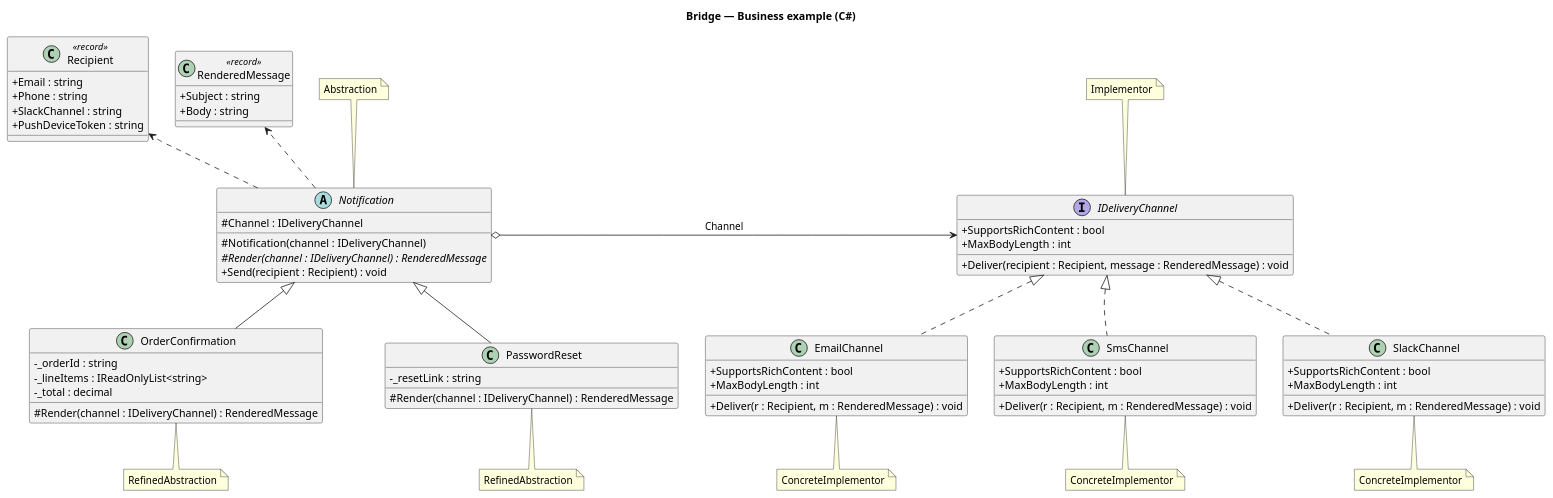
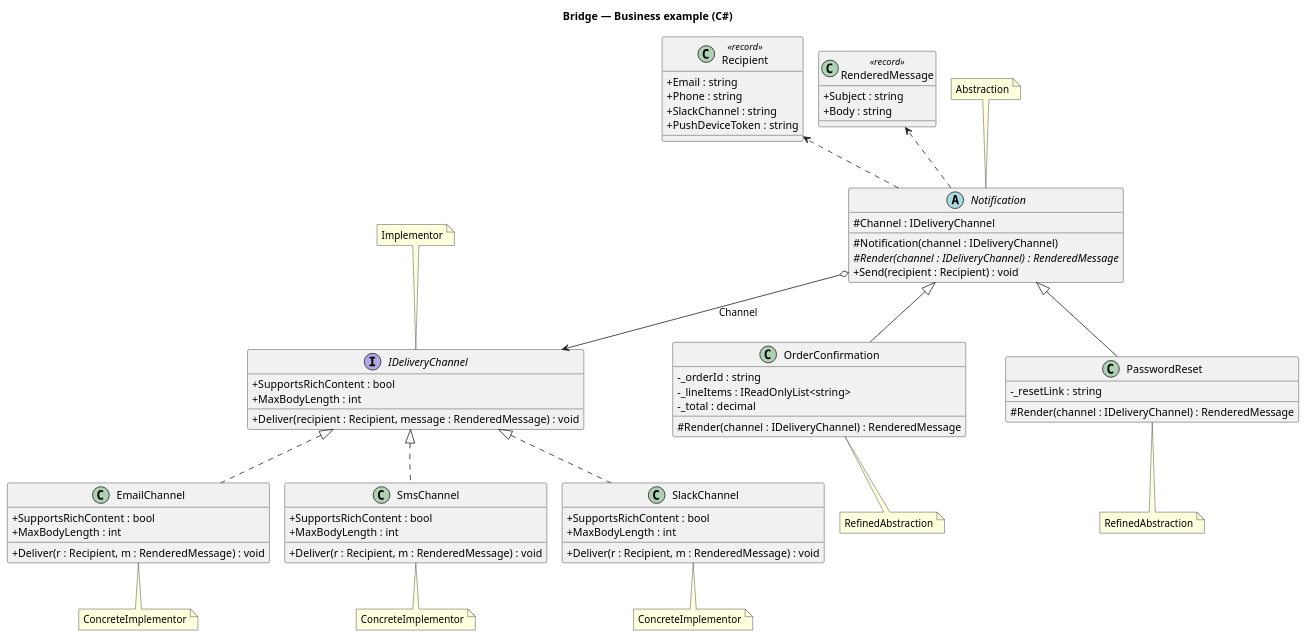
The diagram in Structural Patterns (Business)/Business.Bridge/uml/bridge.puml (kaldiroglu/DesignPatternsWithCSharp), drawn with PlantUML before and after one commit. The commit also changed 12 other files, not shown here.

Commit message:
Diagrams: the last is-a families follow the layout rule; redrawn PNGs have a white background

```diff
--- a/Structural Patterns (Business)/Business.Bridge/uml/bridge.puml
+++ b/Structural Patterns (Business)/Business.Bridge/uml/bridge.puml
@@ -1,92 +1,91 @@
 @startuml Bridge
+skinparam nodesep 20
 skinparam linetype polyline
 skinparam class {
   BackgroundColor<<spacer>> transparent
   BorderColor<<spacer>> transparent
   FontColor<<spacer>> transparent
 }
 hide <<spacer>> stereotype
 hide <<spacer>> circle
 skinparam classAttributeIconSize 0
 title Bridge — Business example (C#)
 
 abstract class Notification {
   # Channel : IDeliveryChannel
   # Notification(channel : IDeliveryChannel)
   # {abstract} Render(channel : IDeliveryChannel) : RenderedMessage
   + Send(recipient : Recipient) : void
 }
 note top of Notification : Abstraction
 
 class OrderConfirmation {
   - _orderId : string
   - _lineItems : IReadOnlyList<string>
   - _total : decimal
   # Render(channel : IDeliveryChannel) : RenderedMessage
 }
 note bottom of OrderConfirmation : RefinedAbstraction
 
 class PasswordReset {
   - _resetLink : string
   # Render(channel : IDeliveryChannel) : RenderedMessage
 }
 note bottom of PasswordReset : RefinedAbstraction
 
 interface IDeliveryChannel {
   + SupportsRichContent : bool
   + MaxBodyLength : int
   + Deliver(recipient : Recipient, message : RenderedMessage) : void
 }
 note top of IDeliveryChannel : Implementor
 
 class EmailChannel {
   + SupportsRichContent : bool
   + MaxBodyLength : int
   + Deliver(r : Recipient, m : RenderedMessage) : void
 }
 note bottom of EmailChannel : ConcreteImplementor
 
 class SmsChannel {
   + SupportsRichContent : bool
   + MaxBodyLength : int
   + Deliver(r : Recipient, m : RenderedMessage) : void
 }
 note bottom of SmsChannel : ConcreteImplementor
 
 class SlackChannel {
   + SupportsRichContent : bool
   + MaxBodyLength : int
   + Deliver(r : Recipient, m : RenderedMessage) : void
 }
 note bottom of SlackChannel : ConcreteImplementor
 
 class Recipient <<record>> {
   + Email : string
   + Phone : string
   + SlackChannel : string
   + PushDeviceToken : string
 }
 class RenderedMessage <<record>> {
   + Subject : string
   + Body : string
 }
 
 Notification <|-- OrderConfirmation
 Notification <|-- PasswordReset
 IDeliveryChannel <|.. EmailChannel
 IDeliveryChannel <|.. SmsChannel
 IDeliveryChannel <|.. SlackChannel
-
+Notification o--> IDeliveryChannel : Channel
+Notification .[norank].> Recipient
+Notification .[norank].> RenderedMessage
 class " " as Spacer1 <<spacer>>
 Notification -[hidden]- Spacer1
 Notification -[hidden]- Spacer1
 OrderConfirmation -[hidden]right- Spacer1
 Spacer1 -[hidden]right- PasswordReset
 IDeliveryChannel -[hidden]- SmsChannel
-IDeliveryChannel -[hidden]- SmsChannel
 EmailChannel -[hidden]right- SmsChannel
 SmsChannel -[hidden]right- SlackChannel
-Notification o-[norank]-> IDeliveryChannel : Channel
-Notification .[norank].> Recipient
-Notification .[norank].> RenderedMessage
 @enduml
```
